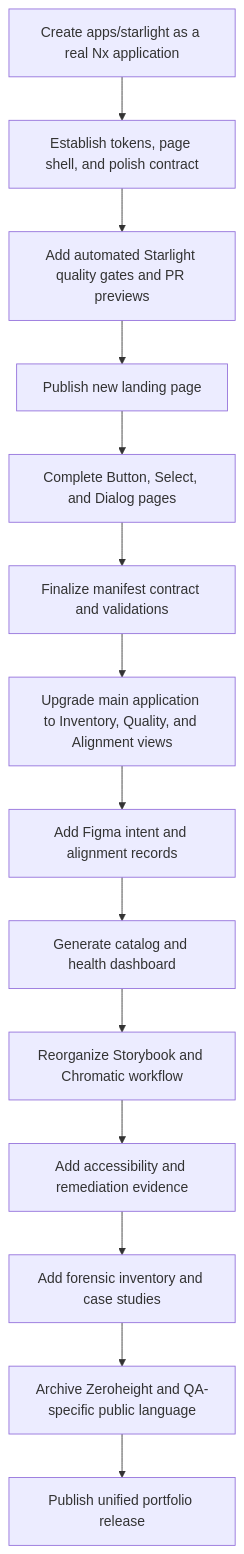
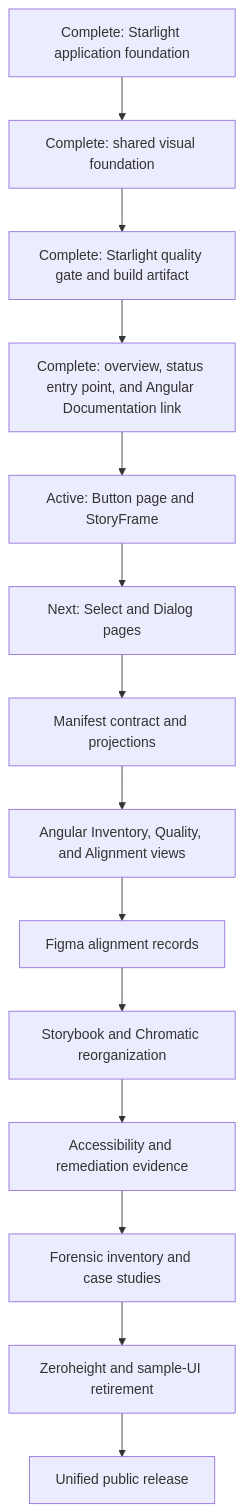
Before and after one commit to JeffreySanford/public-sector-federation: the second of 2 diagrams in docs/documentation-upgrade/README.md, drawn with Mermaid. The commit also changed other lines of this file, not shown here.

Commit message:
Align documentation upgrade entry point

````diff
--- a/docs/documentation-upgrade/README.md
+++ b/docs/documentation-upgrade/README.md
@@ -71,16 +86,16 @@
 ```mermaid
 flowchart TD
-  A[Create apps/starlight as a real Nx application] --> B[Establish tokens, page shell, and polish contract]
-  B --> C[Add automated Starlight quality gates and PR previews]
-  C --> D[Publish new landing page]
-  D --> E[Complete Button, Select, and Dialog pages]
-  E --> F[Finalize manifest contract and validations]
-  F --> G[Upgrade main application to Inventory, Quality, and Alignment views]
-  G --> H[Add Figma intent and alignment records]
-  H --> I[Generate catalog and health dashboard]
-  I --> J[Reorganize Storybook and Chromatic workflow]
-  J --> K[Add accessibility and remediation evidence]
-  K --> L[Add forensic inventory and case studies]
-  L --> M[Archive Zeroheight and QA-specific public language]
-  M --> N[Publish unified portfolio release]
+  A[Complete: Starlight application foundation] --> B[Complete: shared visual foundation]
+  B --> C[Complete: Starlight quality gate and build artifact]
+  C --> D[Complete: overview, status entry point, and Angular Documentation link]
+  D --> E[Active: Button page and StoryFrame]
+  E --> F[Next: Select and Dialog pages]
+  F --> G[Manifest contract and projections]
+  G --> H[Angular Inventory, Quality, and Alignment views]
+  H --> I[Figma alignment records]
+  I --> J[Storybook and Chromatic reorganization]
+  J --> K[Accessibility and remediation evidence]
+  K --> L[Forensic inventory and case studies]
+  L --> M[Zeroheight and sample-UI retirement]
+  M --> N[Unified public release]
 ```
````
